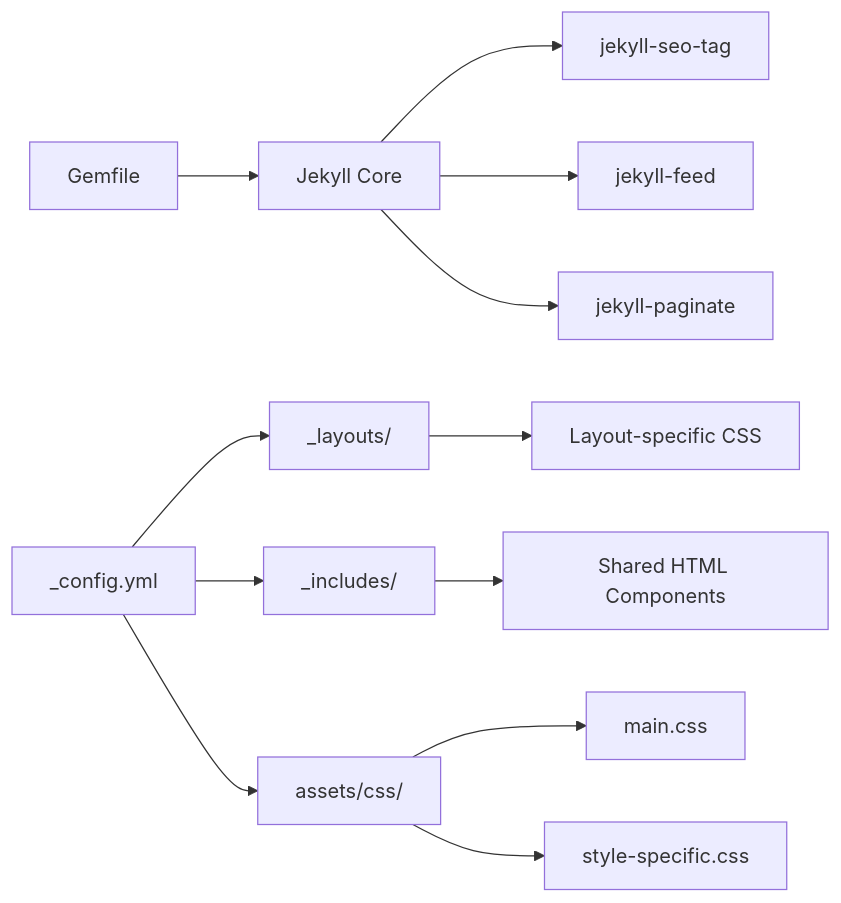
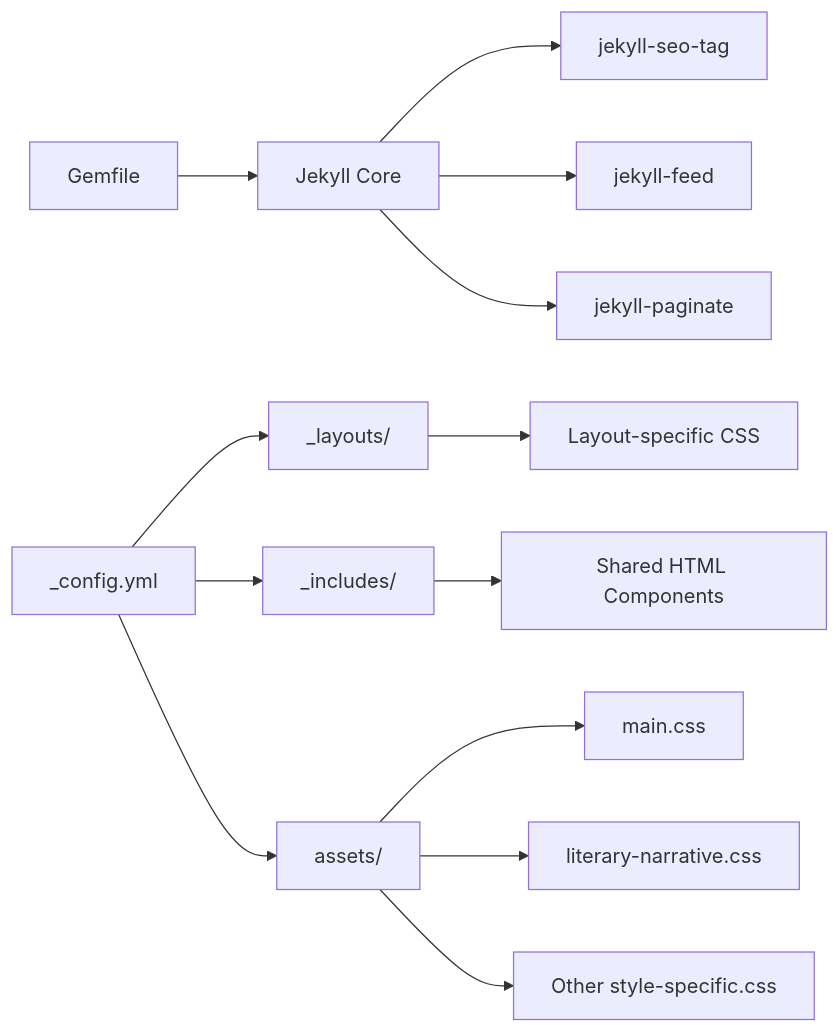
The third of 3 diagrams in .qoder/repowiki/en/content/Static Site Generation.md (PolarisW007/PolaZhenJing), drawn with Mermaid before and after one commit. The commit also changed other lines of this file and 6 other files, not shown here.

````diff
--- a/.qoder/repowiki/en/content/Static Site Generation.md
+++ b/.qoder/repowiki/en/content/Static Site Generation.md
@@ -349,14 +405,15 @@
 ```mermaid
 graph LR
 GEM["Gemfile"] --> JEK["Jekyll Core"]
 JEK --> SEO["jekyll-seo-tag"]
 JEK --> FEED["jekyll-feed"]
 JEK --> PAG["jekyll-paginate"]
 CONF["_config.yml"] --> LAYOUTS["_layouts/"]
 CONF --> INCLUDES["_includes/"]
-CONF --> ASSETS["assets/css/"]
+CONF --> ASSETS["assets/"]
 LAYOUTS --> CSS["Layout-specific CSS"]
 INCLUDES --> HTML["Shared HTML Components"]
 ASSETS --> MAINCSS["main.css"]
-ASSETS --> STYLECSS["style-specific.css"]
+ASSETS --> LITERARYCSS["literary-narrative.css"]
+ASSETS --> STYLECSS["Other style-specific.css"]
 ```
````
